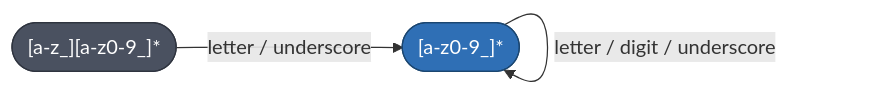
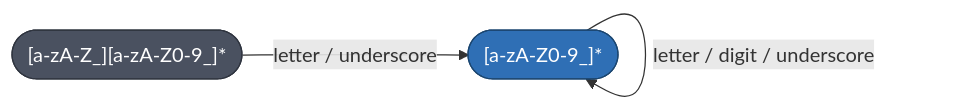
One commit to pinting/oraculum changed the second of 3 diagrams in README.md. Above: the diagram before and after it, drawn with Mermaid. The commit also changed other lines of this file and 1 other file, not shown here.

````diff
--- a/README.md
+++ b/README.md
@@ -117,10 +119,10 @@
 ```mermaid
 graph LR
-    s0(["[a-z_][a-z0-9_]*"]) -->|"letter / underscore"| s1(["[a-z0-9_]*"])
+    s0(["[a-zA-Z_][a-zA-Z0-9_]*"]) -->|"letter / underscore"| s1(["[a-zA-Z0-9_]*"])
     s1 -->|"letter / digit / underscore"| s1
 
     classDef plain fill:#4a5160,stroke:#2f343f,color:#ffffff
     classDef accent fill:#2f6fb5,stroke:#1b4670,color:#ffffff
     class s0 plain
     class s1 accent
 ```
````
